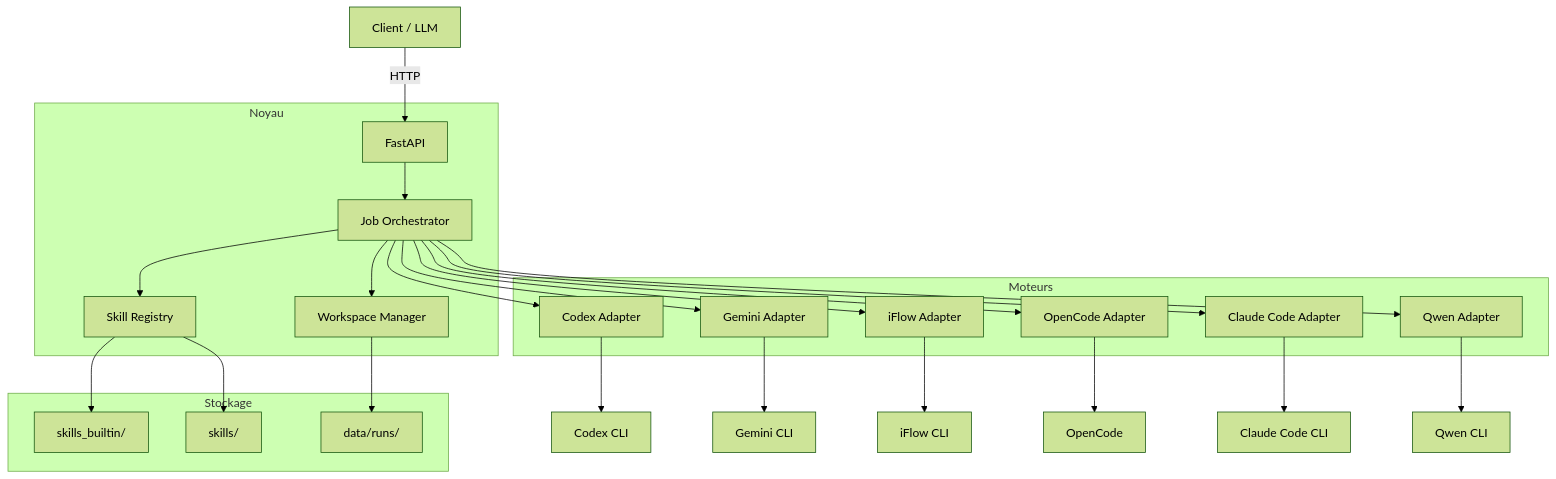
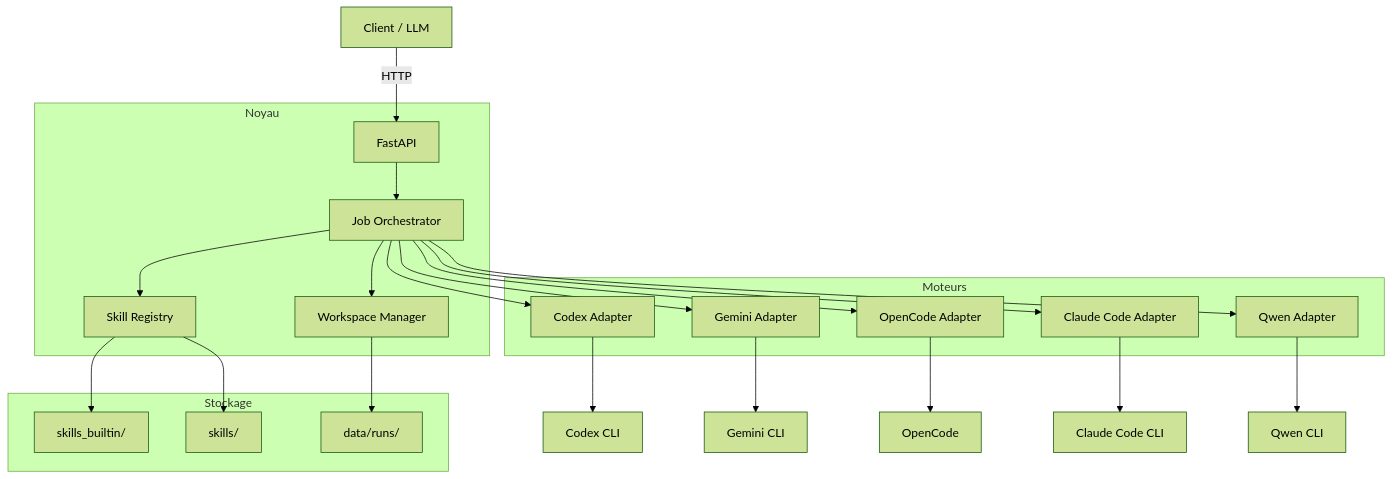
One commit to leike0813/Skill-Runner changed the diagram in README_FR.md. Above: the diagram before and after it, drawn with Mermaid (forest theme). The commit also changed other lines of this file and 216 other files, not shown here.

````diff
--- a/README_FR.md
+++ b/README_FR.md
@@ -269,32 +269,30 @@
 ```mermaid
 graph TD
     Client[Client / LLM] -->|HTTP| API[FastAPI]
     
     subgraph Noyau
         API --> Orchestrator[Job Orchestrator]
         Orchestrator --> Registry[Skill Registry]
         Orchestrator --> Workspace[Workspace Manager]
     end
 
     subgraph Moteurs
         Orchestrator --> Codex[Codex Adapter]
         Orchestrator --> Gemini[Gemini Adapter]
-        Orchestrator --> IFlow[iFlow Adapter]
         Orchestrator --> OpenCode[OpenCode Adapter]
         Orchestrator --> ClaudeCode[Claude Code Adapter]
         Orchestrator --> Qwen[Qwen Adapter]
     end
 
     subgraph Stockage
         Registry --> BuiltinSkills[skills_builtin/]
         Registry --> UserSkills[skills/]
         Workspace --> Runs[data/runs/]
     end
 
     Codex --> CodexCLI[Codex CLI]
     Gemini --> GeminiCLI[Gemini CLI]
-    IFlow --> IFlowCLI[iFlow CLI]
     OpenCode --> OpenCodeCLI[OpenCode]
     ClaudeCode --> ClaudeCodeCLI[Claude Code CLI]
     Qwen --> QwenCLI[Qwen CLI]
 ```
````
